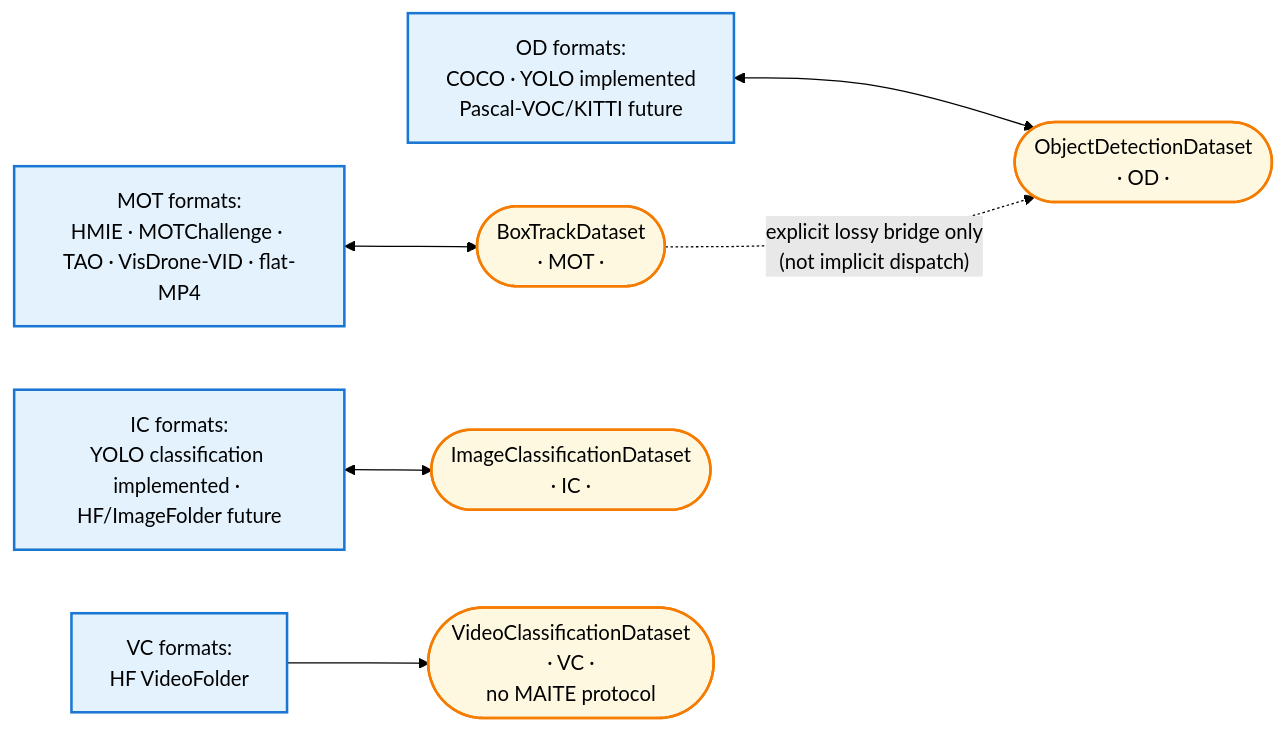
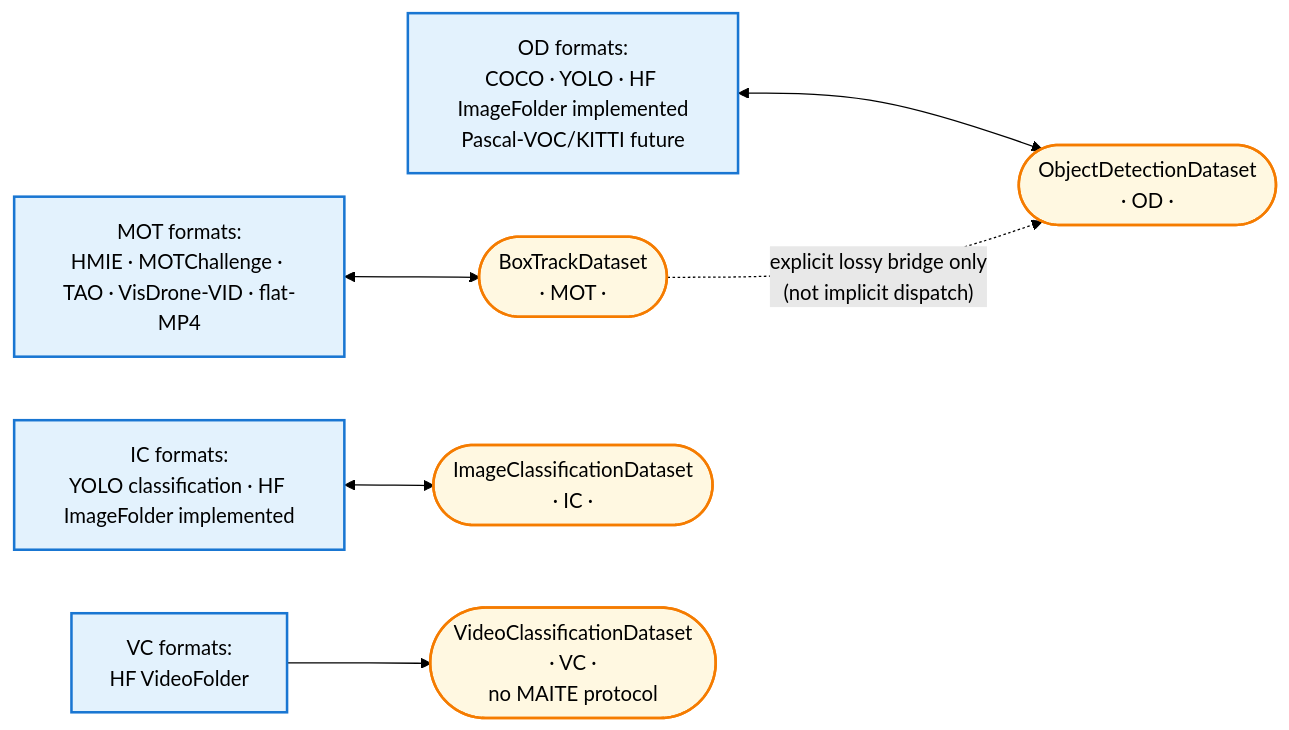
One commit to openteams-ai/datamaite changed the tenth of 10 diagrams in docs/reference/architecture.md. Above: the diagram before and after it, drawn with Mermaid (forest theme). The commit also changed other lines of this file and 13 other files, not shown here.

````diff
--- a/docs/reference/architecture.md
+++ b/docs/reference/architecture.md
@@ -1046,13 +1060,13 @@
 ```mermaid
 flowchart LR
     fM["MOT formats:<br/>HMIE · MOTChallenge · TAO · VisDrone-VID · flat-MP4"] <--> IRM(["BoxTrackDataset<br/>· MOT ·"])
-    fO["OD formats:<br/>COCO · YOLO implemented<br/>Pascal-VOC/KITTI future"] <--> IRO(["ObjectDetectionDataset<br/>· OD ·"])
-    fI["IC formats:<br/>YOLO classification implemented · HF/ImageFolder future"] <--> IRI(["ImageClassificationDataset<br/>· IC ·"])
+    fO["OD formats:<br/>COCO · YOLO · HF ImageFolder implemented<br/>Pascal-VOC/KITTI future"] <--> IRO(["ObjectDetectionDataset<br/>· OD ·"])
+    fI["IC formats:<br/>YOLO classification · HF ImageFolder implemented"] <--> IRI(["ImageClassificationDataset<br/>· IC ·"])
     fV["VC formats:<br/>HF VideoFolder"] --> IRV(["VideoClassificationDataset<br/>· VC ·<br/>no MAITE protocol"])
     IRM -. "explicit lossy bridge only<br/>(not implicit dispatch)" .-> IRO
 
     classDef ir fill:#fff8e1,stroke:#f57c00,stroke-width:2px;
     classDef fmt fill:#e3f2fd,stroke:#1976d2,stroke-width:2px;
     class IRM,IRO,IRI,IRV ir;
     class fM,fO,fI,fV fmt;
 ```
````
